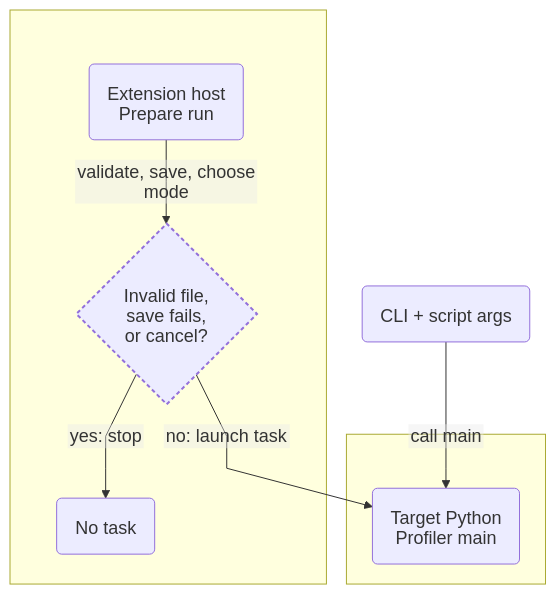
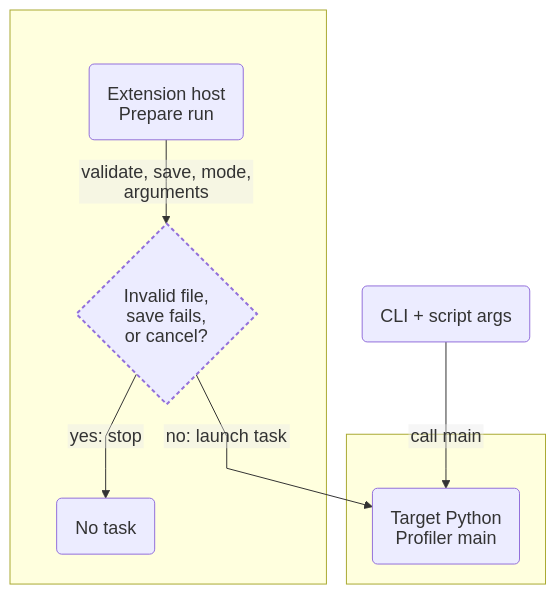
The third of 18 diagrams in docs/feature-map.md (AashishTangnami/python-memory-guardian), drawn with Mermaid before and after one commit. The commit also changed other lines of this file and 31 other files, not shown here.

````diff
--- a/docs/feature-map.md
+++ b/docs/feature-map.md
@@ -126,18 +128,18 @@
 ```mermaid
 %%{init: {"fontFamily":"Arial, sans-serif","themeVariables":{"fontSize":"18px","fontFamily":"Arial, sans-serif"},"flowchart":{"curve":"linear","nodeSpacing":32,"rankSpacing":40,"diagramPadding":8,"padding":18,"subGraphTitleMargin":{"top":10,"bottom":24},"htmlLabels":false},"layout":"dagre","htmlLabels":false,"themeCSS":".node rect, .cluster rect { rx: 10px; ry: 10px; } .label, .nodeLabel, .edgeLabel, .cluster-label { letter-spacing: normal; word-spacing: normal; } .edgeLabel rect { stroke: currentColor !important; stroke-width: 1px !important; stroke-dasharray: none; opacity: 1 !important; fill-opacity: 1; rx: 4px; ry: 4px; }"}}%%
 flowchart TD
     subgraph EXT[" "]
       Editor("Extension host<br/>Prepare run")
       Stop{"Invalid file,<br/>save fails,<br/>or cancel?"}
       Cancel("No task")
     end
     subgraph PROC[" "]
       Main("Target Python<br/>Profiler main")
     end
-    Editor -->|validate, save, choose mode| Stop
+    Editor -->|validate, save, mode, arguments| Stop
     Stop -->|yes: stop| Cancel
     Stop -->|no: launch task| Main
     CLI("CLI + script args") -->|call main| Main
     classDef decision stroke-width:2px,stroke-dasharray:4 3;
     class Stop decision;
 ```
````
